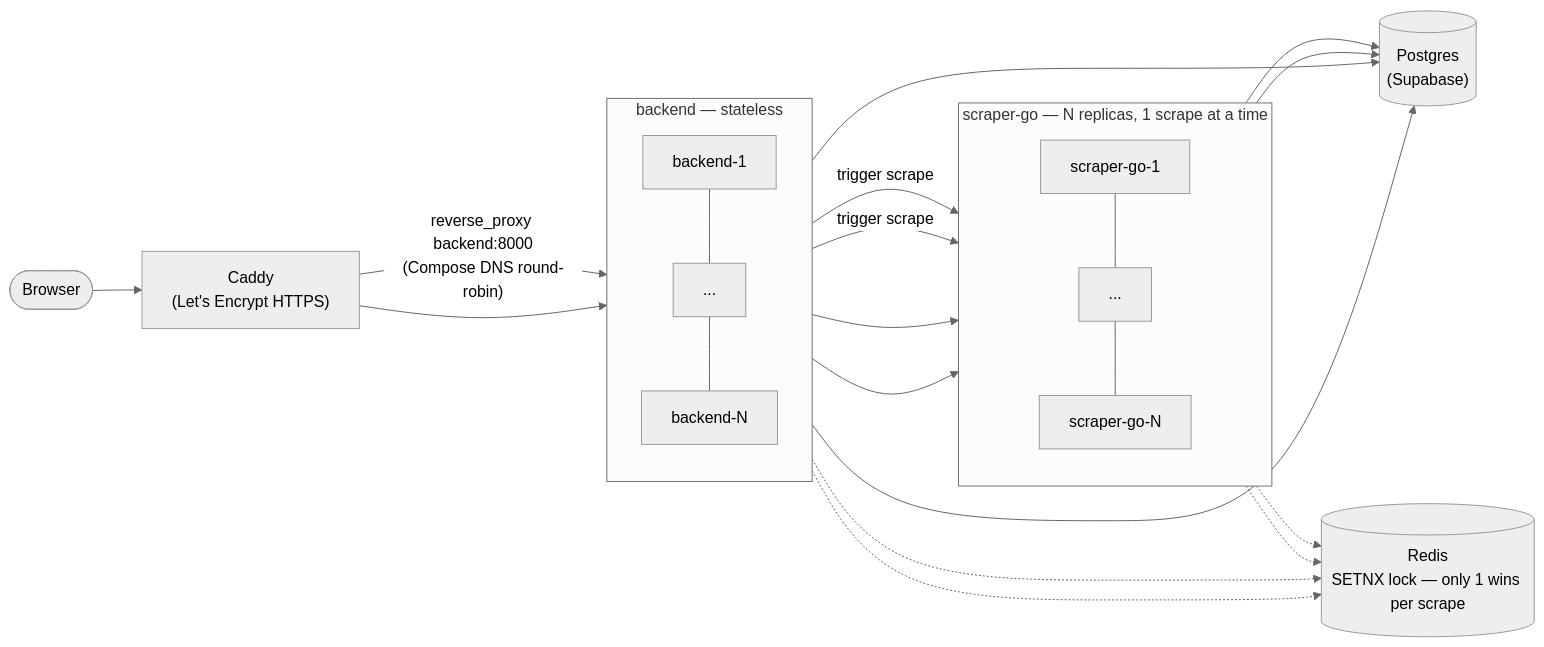
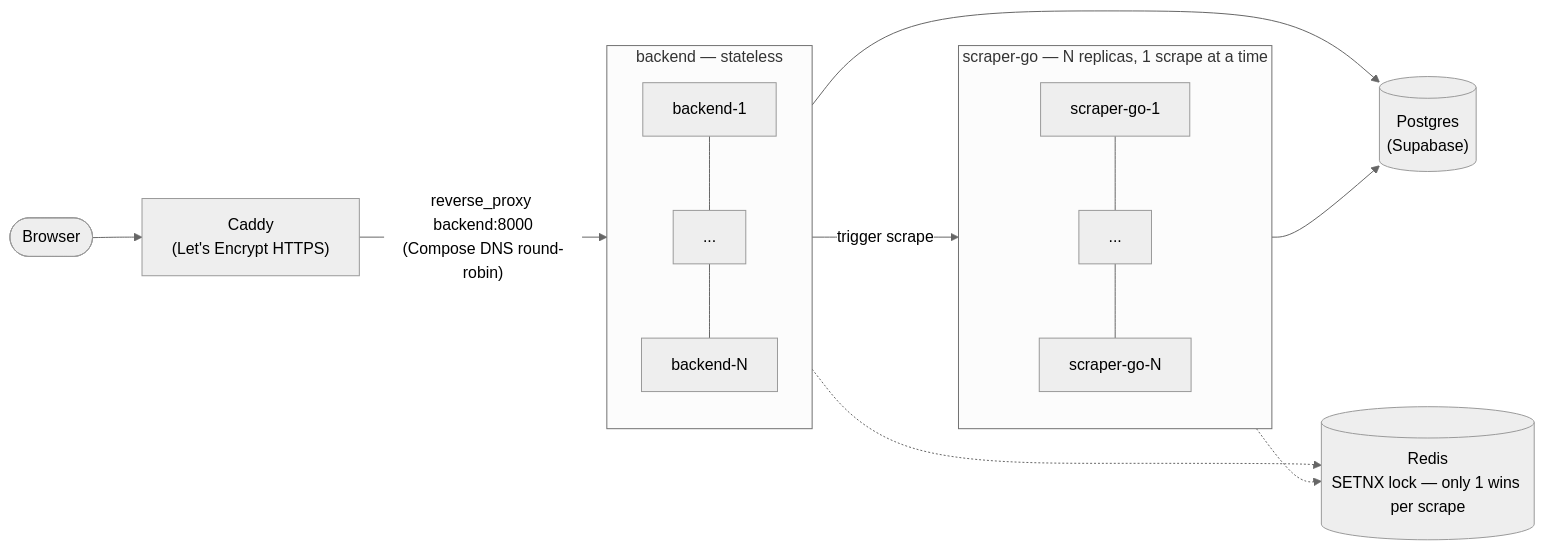
The first of 2 diagrams in README.md (felpau05/Grocery-Store-Deal-Tracker), drawn with Mermaid (neutral theme) before and after one commit.

````diff
--- a/README.md
+++ b/README.md
@@ -26,34 +26,32 @@
 ```mermaid
 flowchart LR
     Client(["Browser"])
     Caddy["Caddy\n(Let's Encrypt HTTPS)"]
 
     subgraph Backend["backend — stateless"]
         direction TB
         B1["backend-1"]
         BDots["..."]
         BN["backend-N"]
         B1 --- BDots --- BN
     end
 
     subgraph ScraperGroup["scraper-go — N replicas, 1 scrape at a time"]
         direction TB
         S1["scraper-go-1"]
         SDots["..."]
         SN["scraper-go-N"]
         S1 --- SDots --- SN
     end
 
     DB[("Postgres\n(Supabase)")]
     Redis[("Redis\nSETNX lock — only 1 wins per scrape")]
 
     Client --> Caddy
-    Caddy -- "reverse_proxy backend:8000\n(Compose DNS round-robin)" --> B1
-    Caddy --> BN
-    B1 & BN -- "trigger scrape" --> S1
-    B1 & BN --> SN
-    B1 & BN --> DB
-    B1 & BN -.-> Redis
-    S1 & SN --> DB
-    S1 & SN -.-> Redis
+    Caddy -- "reverse_proxy backend:8000\n(Compose DNS round-robin)" --> Backend
+    Backend -- "trigger scrape" --> ScraperGroup
+    Backend --> DB
+    Backend -.-> Redis
+    ScraperGroup --> DB
+    ScraperGroup -.-> Redis
 ```
````
